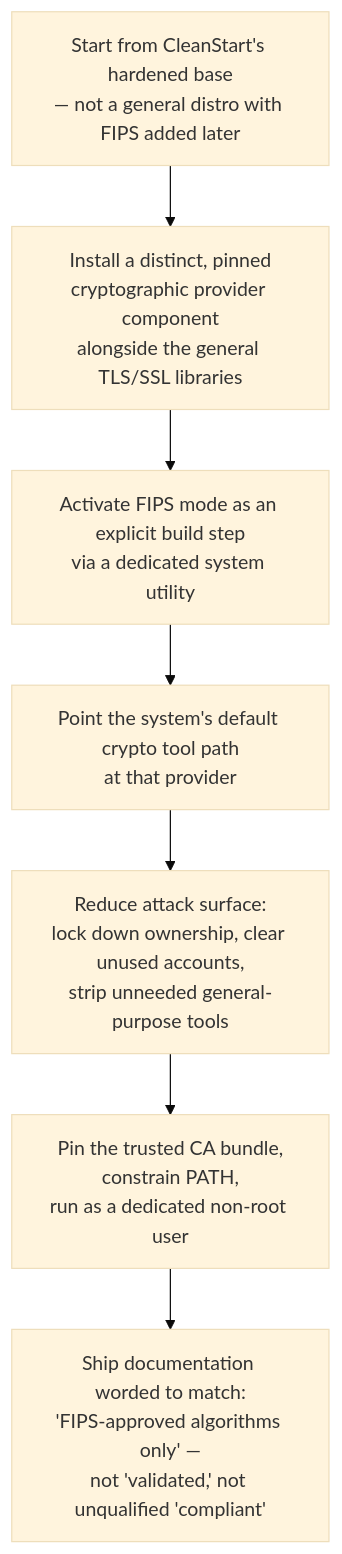
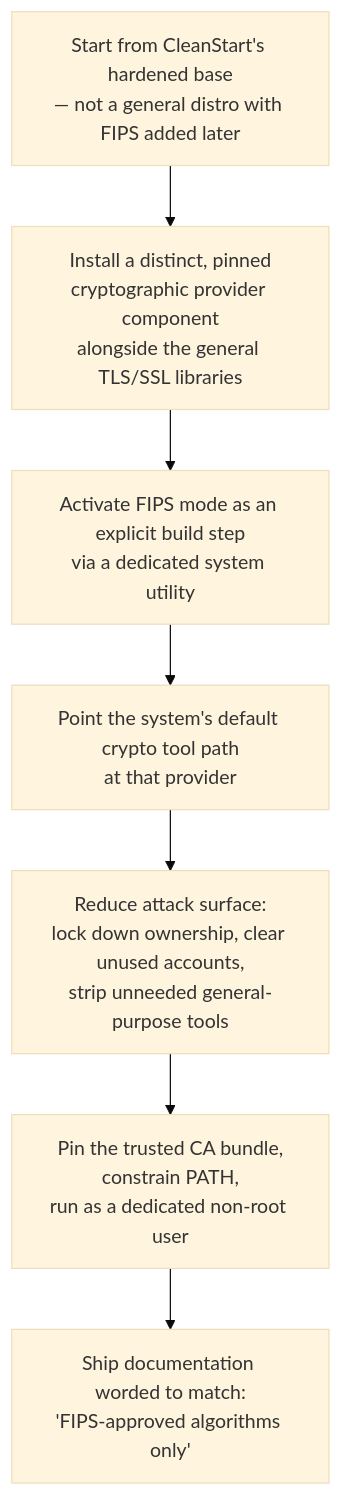
The diagram in Embedding FIPS Compliance in containers/README.md (cleanstart-dev/cleanstart-use-cases), drawn with Mermaid (base theme) before and after one commit. The commit also changed other lines of this file, not shown here.

Commit message:
added link to official source of FIPS-140-3

````diff
--- a/Embedding FIPS Compliance in containers/README.md
+++ b/Embedding FIPS Compliance in containers/README.md
@@ -13,9 +13,9 @@
 ```mermaid
 flowchart TD
     A[Start from CleanStart's hardened base<br/>— not a general distro with FIPS added later] --> B[Install a distinct, pinned<br/>cryptographic provider component<br/>alongside the general TLS/SSL libraries]
     B --> C[Activate FIPS mode as an explicit build step<br/>via a dedicated system utility]
     C --> D[Point the system's default crypto tool path<br/>at that provider]
     D --> E[Reduce attack surface:<br/>lock down ownership, clear unused accounts,<br/>strip unneeded general-purpose tools]
     E --> F[Pin the trusted CA bundle,<br/>constrain PATH,<br/>run as a dedicated non-root user]
-    F --> G[Ship documentation worded to match:<br/>'FIPS-approved algorithms only' —<br/>not 'validated,' not unqualified 'compliant']
+    F --> G[Ship documentation worded to match:<br/>'FIPS-approved algorithms only']
 ```
````
